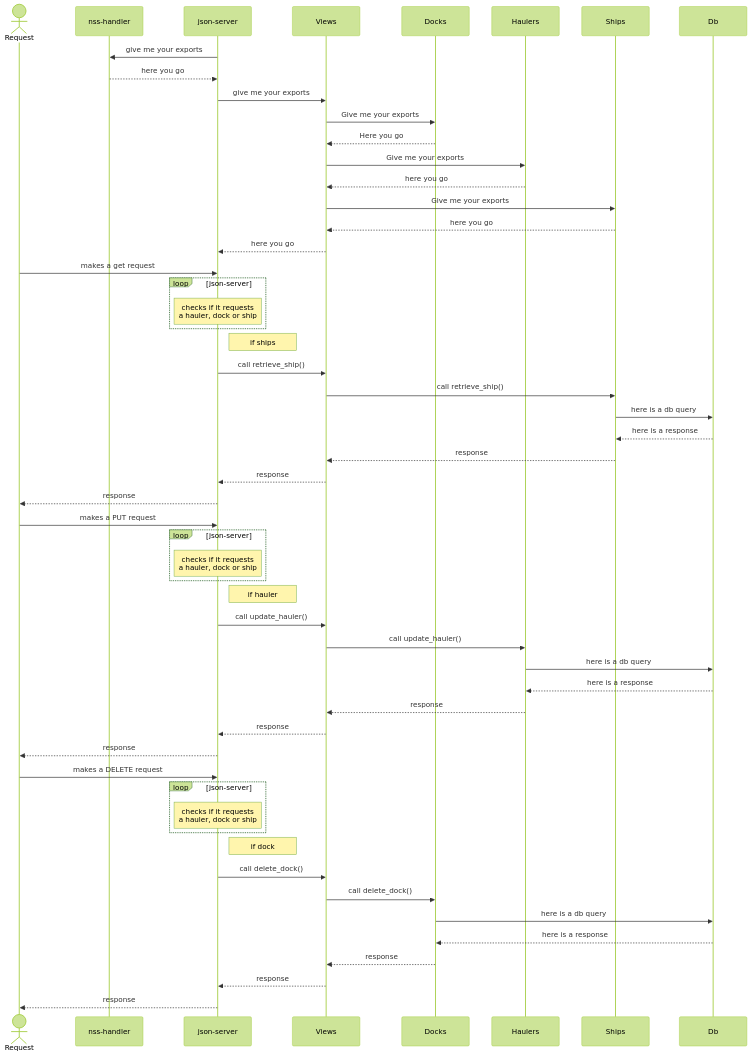
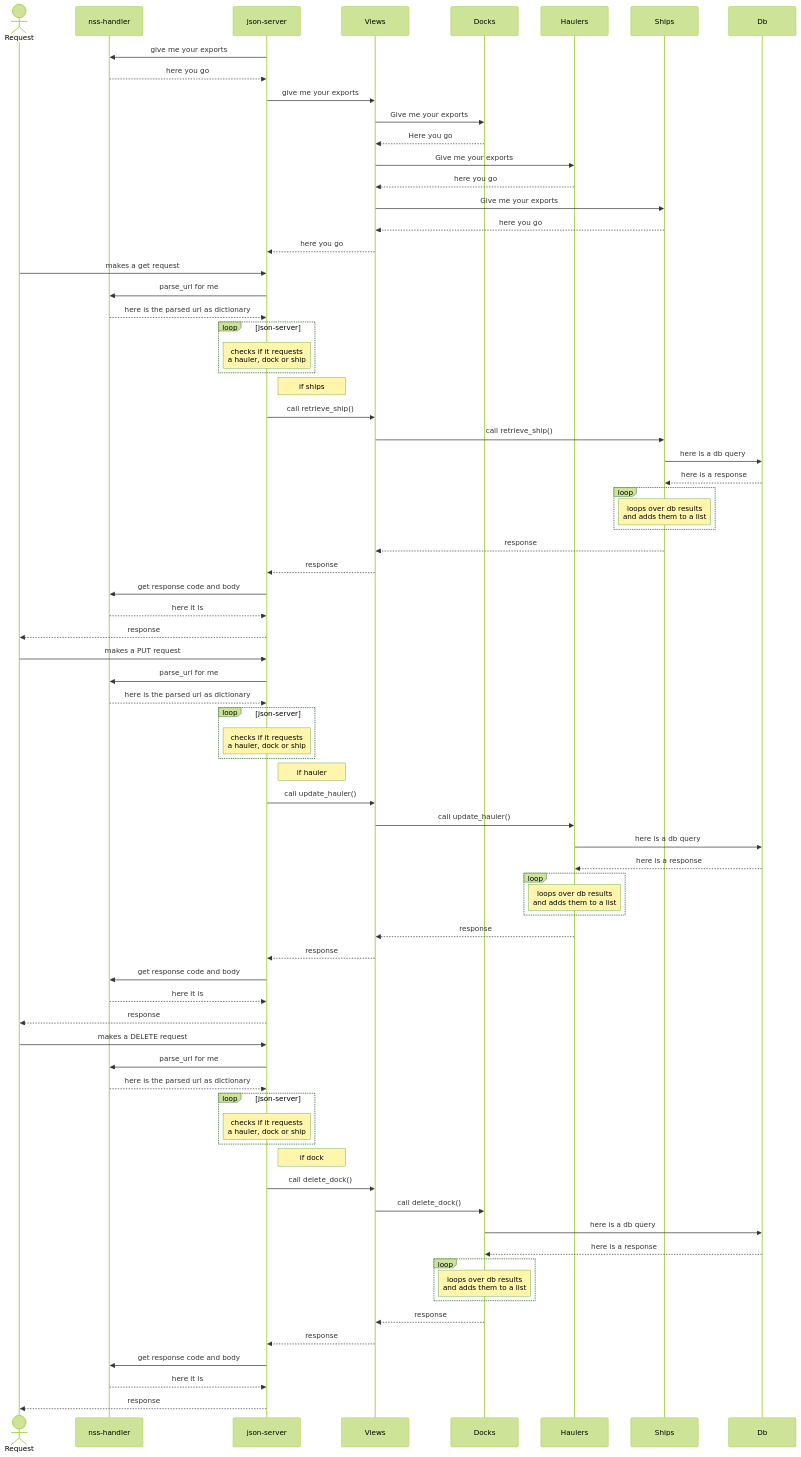
The diagram in diagrams/seq.mmd (patrick-mcisaac/shipping-ships-api), drawn with Mermaid (forest theme) before and after one commit. The commit also changed 2 other files, not shown here.

```diff
--- a/diagrams/seq.mmd
+++ b/diagrams/seq.mmd
@@ -1,94 +1,134 @@
 sequenceDiagram
 
 Actor Request
 Participant nss-handler
 Participant json-server
 Participant Views
 Participant Docks
 Participant Haulers
 Participant Ships
 Participant Db
 
 json-server ->> nss-handler: give me your exports
 
 nss-handler -->> json-server: here you go
 
 json-server ->> Views: give me your exports
 
     Views ->> Docks: Give me your exports
     Docks -->> Views: Here you go
 
     Views ->> Haulers: Give me your exports
     Haulers -->> Views: here you go
 
     Views ->> Ships: Give me your exports
     Ships -->> Views: here you go
 
 Views -->> json-server: here you go
 
+
+
 Request ->> json-server: makes a get request
+
+    json-server ->> nss-handler: parse_url for me
+
+    nss-handler -->> json-server: here is the parsed url  as dictionary
 
     Loop json-server
         Note over json-server: checks if it requests <br> a hauler, dock or ship
     End
 
     Note right of json-server: if ships
 
     json-server ->> Views: call retrieve_ship()
 
         Views ->> Ships: call retrieve_ship()
 
             Ships ->> Db: here is a db query
 
             Db -->> Ships: here is a response
 
+            loop
+                note over Ships: loops over db results <br> and adds them to a list
+            end
+
         Ships -->> Views: response
     
     Views -->> json-server: response
+
+    json-server ->> nss-handler: get response code and body
+
+    nss-handler -->> json-server: here it is
 
 json-server -->> Request: response
 
 
 Request ->> json-server: makes a PUT request
+    
+    json-server ->> nss-handler: parse_url for me
+
+    nss-handler -->> json-server: here is the parsed url  as dictionary
 
     Loop json-server
         Note over json-server: checks if it requests <br> a hauler, dock or ship
     End
 
     Note right of json-server: if hauler
 
     json-server ->> Views: call update_hauler()
 
         Views ->> Haulers: call update_hauler()
 
             Haulers ->> Db: here is a db query
 
             Db -->> Haulers: here is a response
 
+            loop
+                note over Haulers: loops over db results <br> and adds them to a list
+            end
+
         Haulers -->> Views: response
     
     Views -->> json-server: response
 
+    json-server ->> nss-handler: get response code and body
+
+    nss-handler -->> json-server: here it is
+
 json-server -->> Request: response
 
+
+
 Request ->> json-server: makes a DELETE request
+
+    json-server ->> nss-handler: parse_url for me
+
+    nss-handler -->> json-server: here is the parsed url  as dictionary
 
     Loop json-server
         Note over json-server: checks if it requests <br> a hauler, dock or ship
     End
 
     Note right of json-server: if dock
 
     json-server ->> Views: call delete_dock()
 
         Views ->> Docks: call delete_dock()
 
             Docks ->> Db: here is a db query
 
             Db -->> Docks: here is a response
 
+            loop
+                note over Docks: loops over db results <br> and adds them to a list
+            end
+
         Docks -->> Views: response
     
     Views -->> json-server: response
 
+    json-server ->> nss-handler: get response code and body
+
+    nss-handler -->> json-server: here it is
+
 json-server -->> Request: response
```
